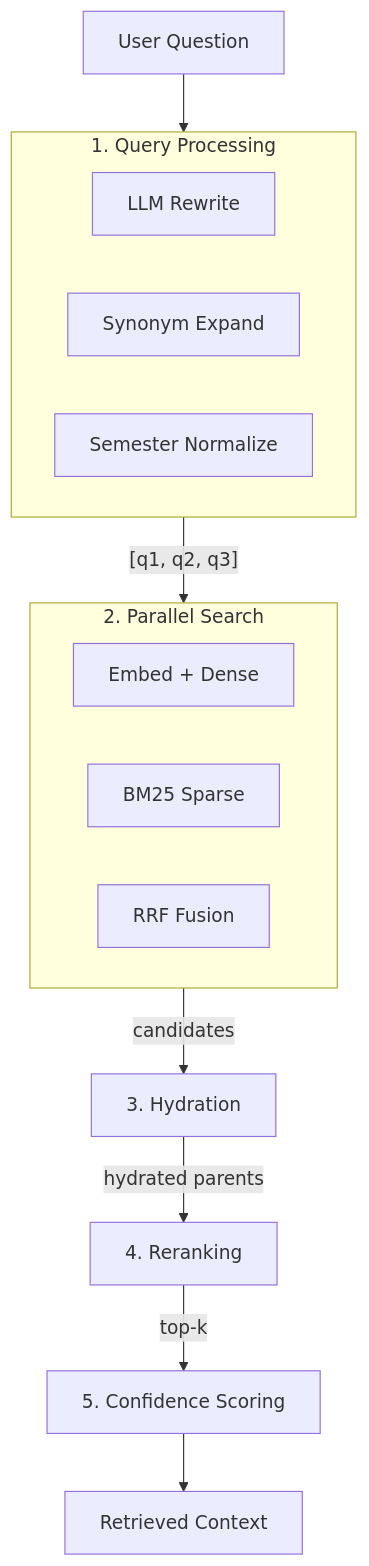
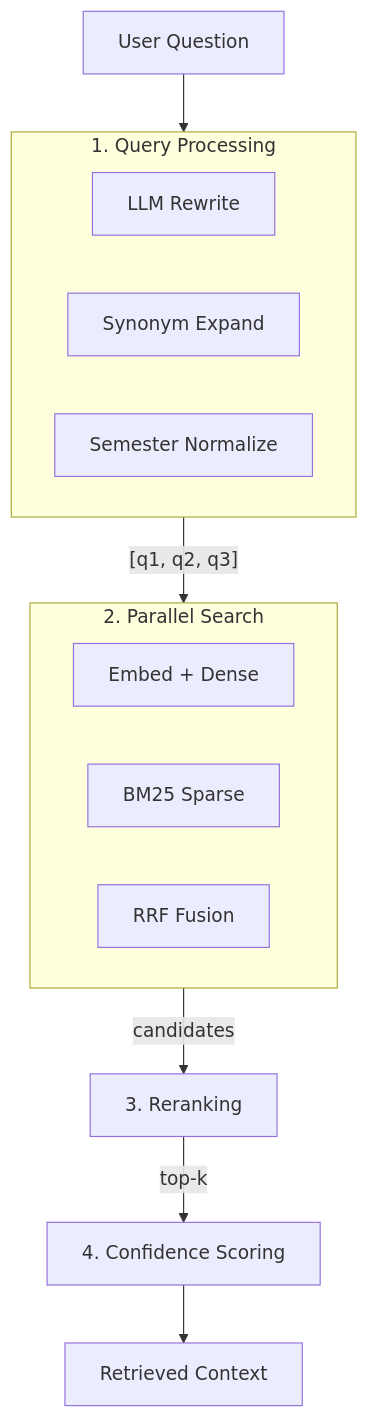
The first of 2 diagrams in docs/retrieval-pipeline.md (ksmalnang/PASsistant_Recursive), drawn with Mermaid before and after one commit. The commit also changed other lines of this file and 37 other files, not shown here.

````diff
--- a/docs/retrieval-pipeline.md
+++ b/docs/retrieval-pipeline.md
@@ -9,23 +9,22 @@
 ```mermaid
 flowchart TD
     Q[User Question] --> QP[1. Query Processing]
     QP -->|"[q1, q2, q3]"| PS[2. Parallel Search]
-    PS -->|candidates| HY[3. Hydration]
-    HY -->|hydrated parents| RR[4. Reranking]
-    RR -->|top-k| CS[5. Confidence Scoring]
+    PS -->|candidates| RR[3. Reranking]
+    RR -->|top-k| CS[4. Confidence Scoring]
     CS --> OUT[Retrieved Context]
 
     subgraph QP[1. Query Processing]
         direction LR
         LLM_R[LLM Rewrite]
         SYN[Synonym Expand]
         SEM[Semester Normalize]
     end
 
     subgraph PS[2. Parallel Search]
         direction LR
         E1[Embed + Dense]
         B1[BM25 Sparse]
         RRF[RRF Fusion]
     end
 ```
````
